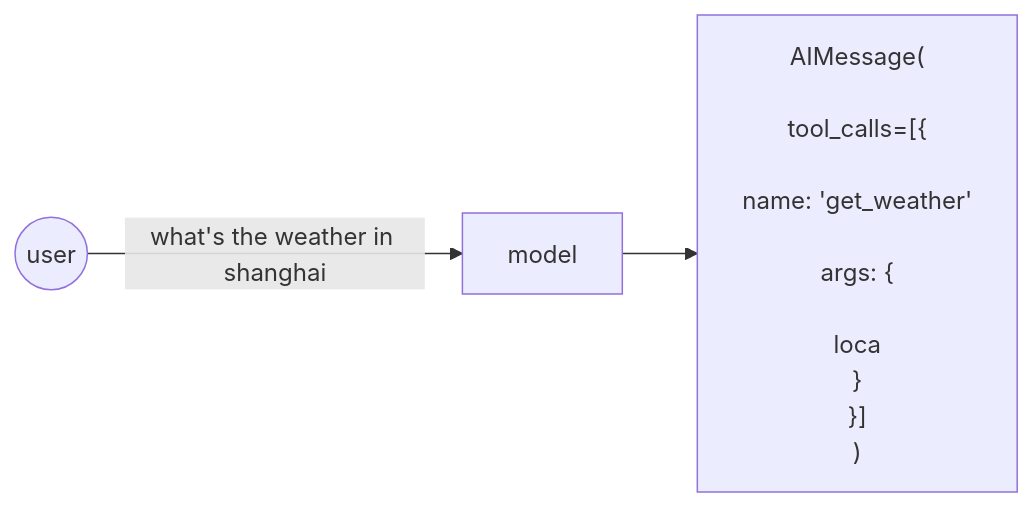
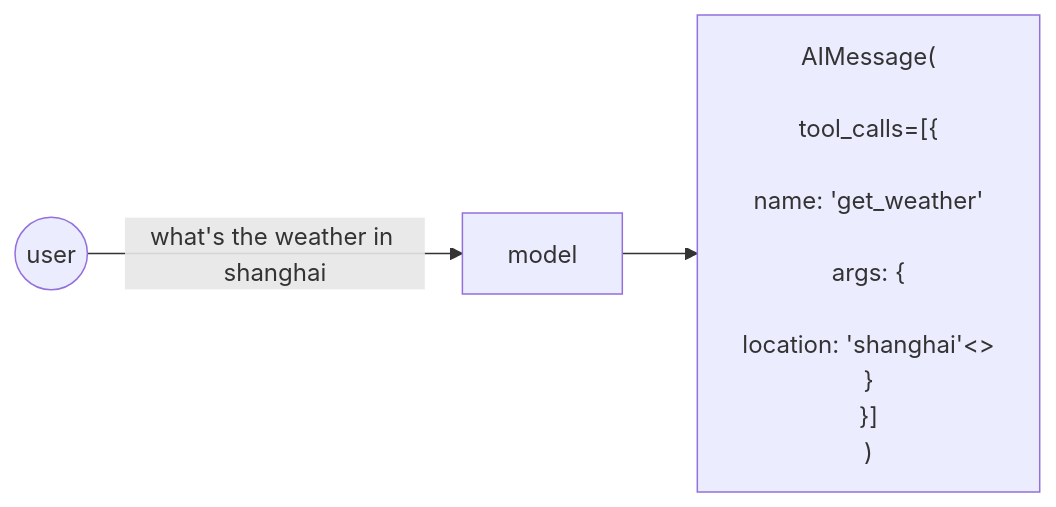
Before and after one commit to ka1fe1/iodraw-files: the diagram in all/未命名-28.md, drawn with Mermaid.

Commit message:
2024-10-22 17:45:46 update

````diff
--- a/all/未命名-28.md
+++ b/all/未命名-28.md
@@ -1,15 +1,15 @@
 ```mermaid
 flowchart LR
     s1((user))
     s2["model"]
     s3["AIMessage(<br>
         tool_calls=[{<br>
             name: 'get_weather'<br>
             args: {<br>
-                loca
+                location: 'shanghai'<>
             }
         }]
     )"]
 
     s1 -->|what's the weather in shanghai| s2 --> s3
 ```
````
